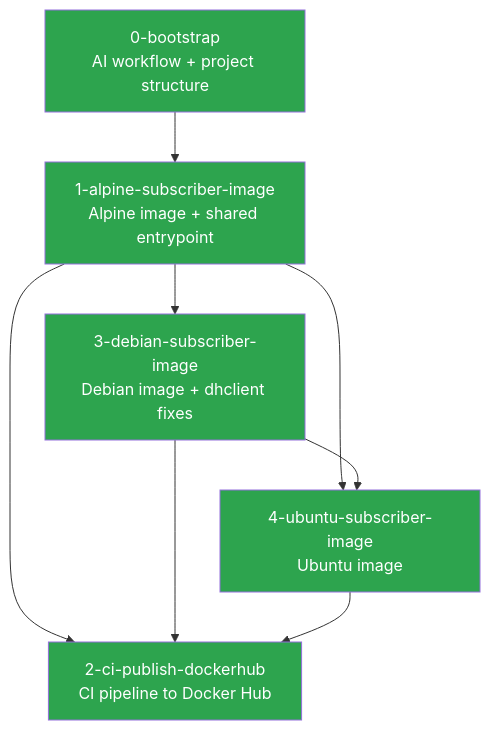
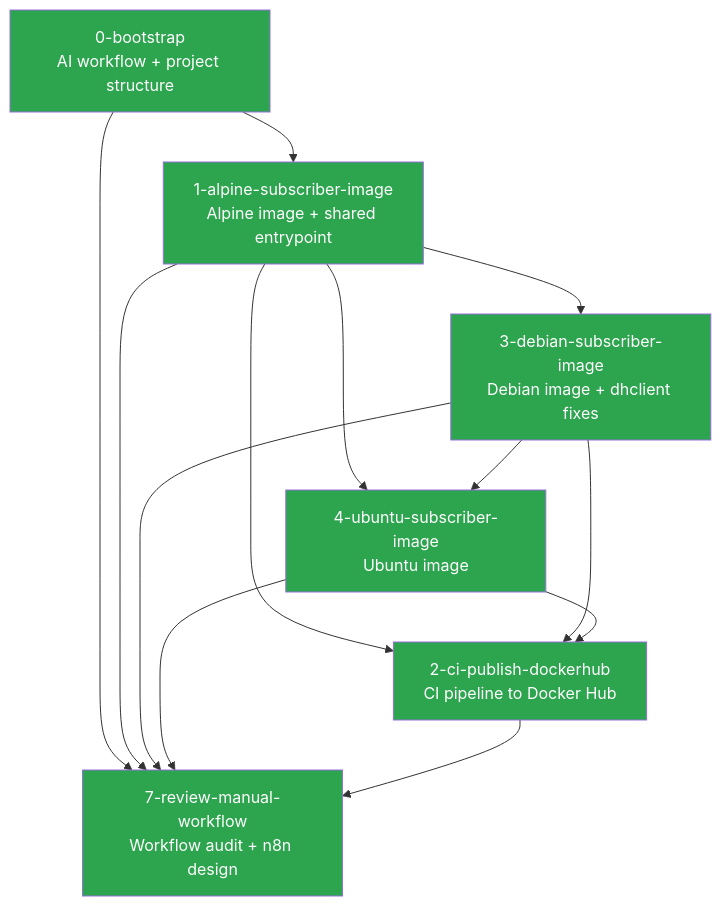
One commit to veesix-networks/bngtester changed the diagram in context/SUMMARY.md. Above: the diagram before and after it, drawn with Mermaid. The commit also changed other lines of this file and 1 other file, not shown here.

````diff
--- a/context/SUMMARY.md
+++ b/context/SUMMARY.md
@@ -23,22 +24,30 @@
 ```mermaid
 graph TD
     B[0-bootstrap<br/>AI workflow + project structure]
     A[1-alpine-subscriber-image<br/>Alpine image + shared entrypoint]
     D[3-debian-subscriber-image<br/>Debian image + dhclient fixes]
     U[4-ubuntu-subscriber-image<br/>Ubuntu image]
     CI[2-ci-publish-dockerhub<br/>CI pipeline to Docker Hub]
 
+    WF[7-review-manual-workflow<br/>Workflow audit + n8n design]
+
     B --> A
     A --> D
     A --> U
     D --> U
     A --> CI
     D --> CI
     U --> CI
+    B --> WF
+    A --> WF
+    D --> WF
+    U --> WF
+    CI --> WF
 
     style B fill:#2da44e,color:#fff
     style A fill:#2da44e,color:#fff
     style D fill:#2da44e,color:#fff
     style U fill:#2da44e,color:#fff
     style CI fill:#2da44e,color:#fff
+    style WF fill:#2da44e,color:#fff
 ```
````
